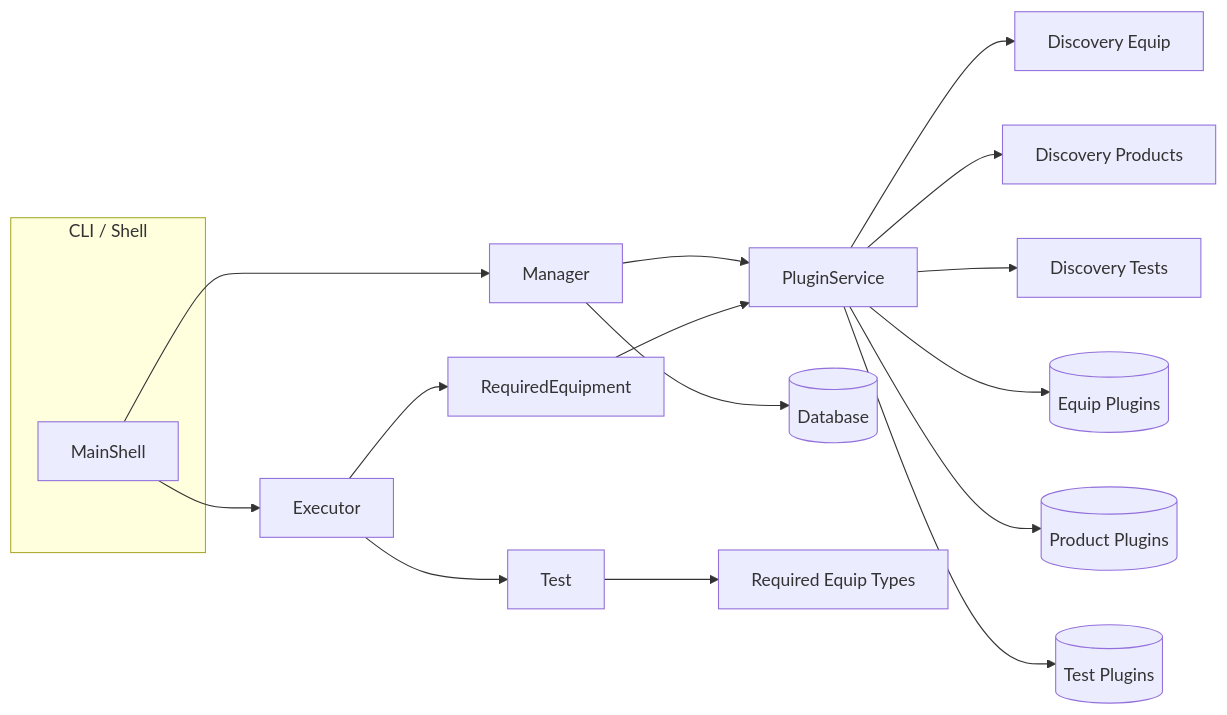
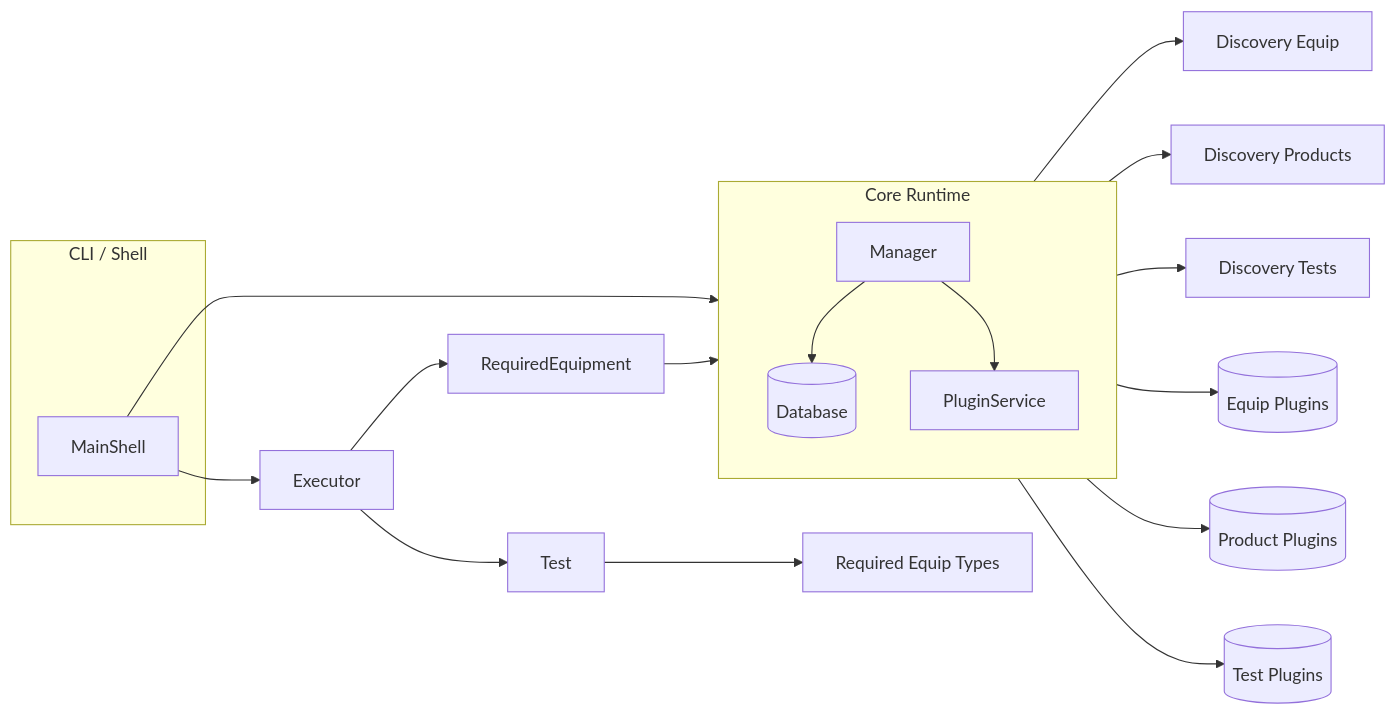
The first of 4 diagrams in Cerberus/README.md (philware76/Cerberus), drawn with Mermaid before and after one commit.

Commit message:
readme update

````diff
--- a/Cerberus/README.md
+++ b/Cerberus/README.md
@@ -36,21 +36,28 @@
 ```mermaid
-%% NOTE: Simplified to avoid GitHub mermaid parser issues (removed edge label & complex chars)
+%% NOTE: Adjusted layout: use a vertical subgraph so Database sits above PluginService (reduces crowding)
 flowchart LR
    subgraph CLI [CLI / Shell]
       MS[MainShell]
    end
-   MS --> MGR[Manager]
-   MGR --> PS[PluginService]
+   %% Core runtime stack arranged vertically
+   subgraph CORE [Core Runtime]
+      direction TB
+      MGR[Manager]
+      DB[(Database)]
+      PS[PluginService]
+   end
+   MS --> MGR
+   MGR --> DB
+   MGR --> PS
    PS --> PD_E[Discovery Equip]
    PS --> PD_P[Discovery Products]
    PS --> PD_T[Discovery Tests]
-   MGR --> DB[(Database)]
    MS --> EXEC[Executor]
    EXEC --> RE[RequiredEquipment]
    RE --> PS
    EXEC --> TEST[Test]
    TEST --> REQ[Required Equip Types]
    PS --> EQUIP[(Equip Plugins)]
    PS --> PROD[(Product Plugins)]
    PS --> TESTS[(Test Plugins)]
 ```
````
